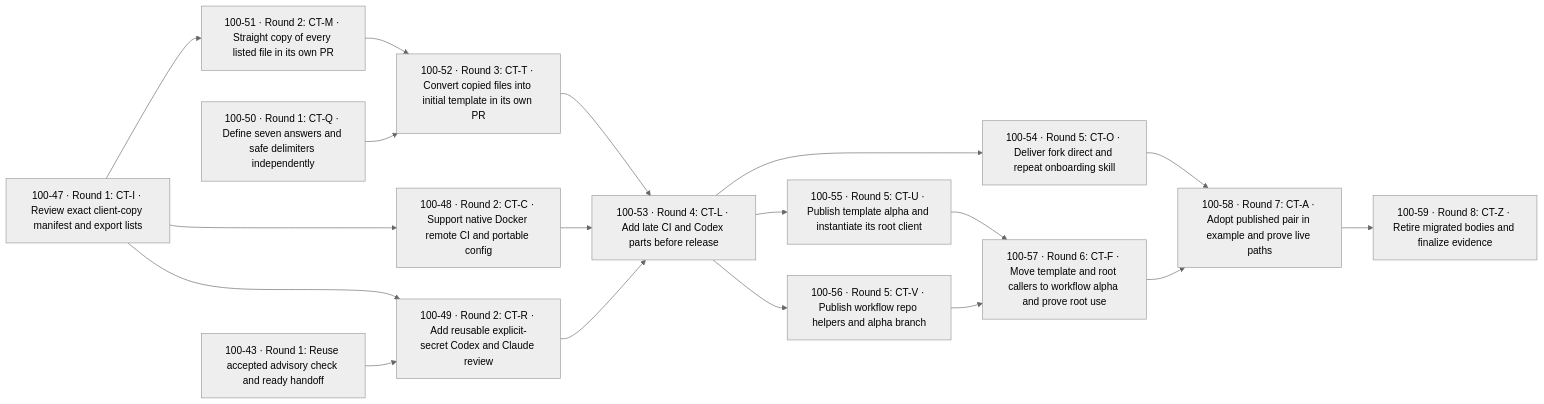
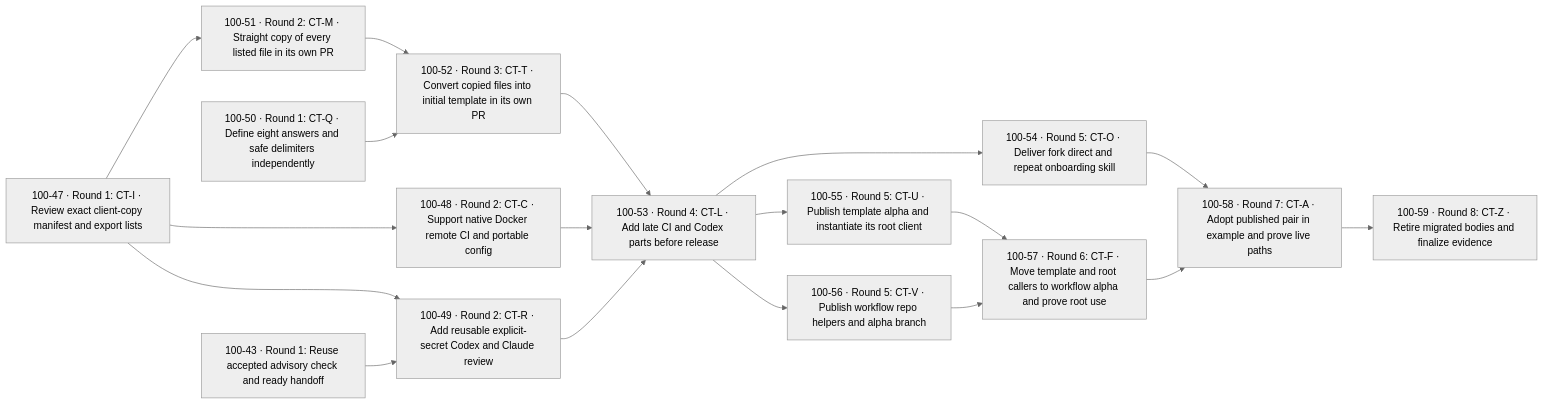
Before and after one commit to 1000lines/symphony-example: the diagram in docs/symphony-plans/fan-out-plan-100-39-client-template.mmd, drawn with Mermaid (neutral theme). The commit also changed 9 other files, not shown here.

```diff
--- a/docs/symphony-plans/fan-out-plan-100-39-client-template.mmd
+++ b/docs/symphony-plans/fan-out-plan-100-39-client-template.mmd
@@ -1,33 +1,33 @@
 %% symphony-dag/v1
 flowchart LR
   I["100-47 · Round 1: CT-I · Review exact client-copy manifest and export lists"]
-  Q["100-50 · Round 1: CT-Q · Define seven answers and safe delimiters independently"]
+  Q["100-50 · Round 1: CT-Q · Define eight answers and safe delimiters independently"]
   CHECK["100-43 · Round 1: Reuse accepted advisory check and ready handoff"]
   M["100-51 · Round 2: CT-M · Straight copy of every listed file in its own PR"]
   C["100-48 · Round 2: CT-C · Support native Docker remote CI and portable config"]
   R["100-49 · Round 2: CT-R · Add reusable explicit-secret Codex and Claude review"]
   T["100-52 · Round 3: CT-T · Convert copied files into initial template in its own PR"]
   L["100-53 · Round 4: CT-L · Add late CI and Codex parts before release"]
   O["100-54 · Round 5: CT-O · Deliver fork direct and repeat onboarding skill"]
   U["100-55 · Round 5: CT-U · Publish template alpha and instantiate its root client"]
   V["100-56 · Round 5: CT-V · Publish workflow repo helpers and alpha branch"]
   F["100-57 · Round 6: CT-F · Move template and root callers to workflow alpha and prove root use"]
   A["100-58 · Round 7: CT-A · Adopt published pair in example and prove live paths"]
   Z["100-59 · Round 8: CT-Z · Retire migrated bodies and finalize evidence"]
   I --> M
   I --> C
   I --> R
   CHECK --> R
   M --> T
   Q --> T
   T --> L
   C --> L
   R --> L
   L --> O
   L --> U
   L --> V
   U --> F
   V --> F
   O --> A
   F --> A
   A --> Z
```
